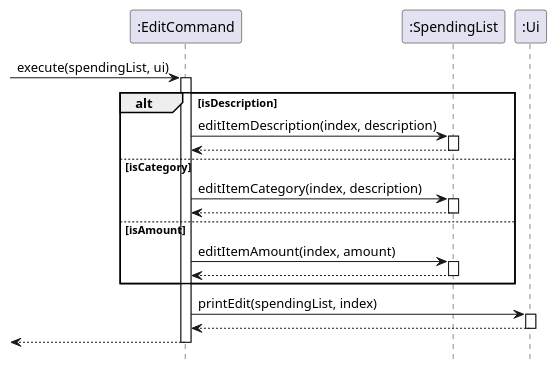
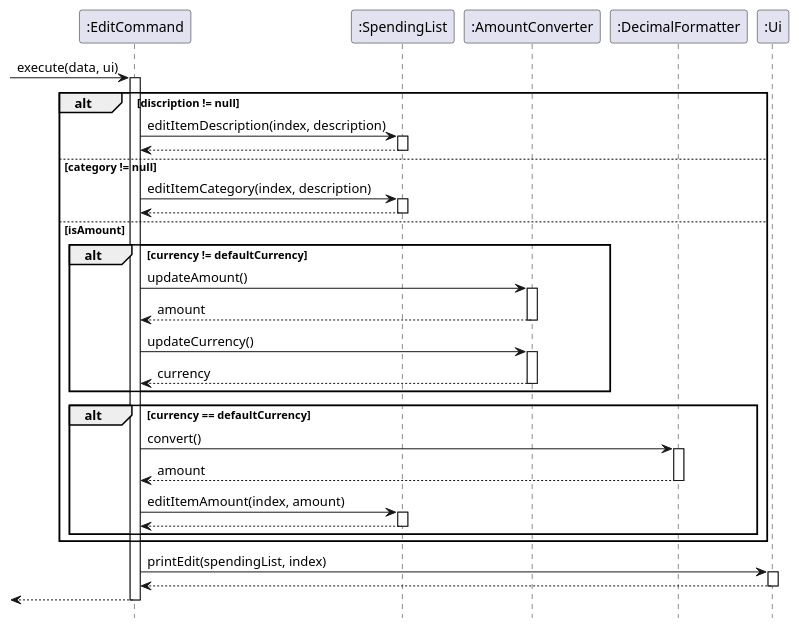
One commit to xieyaoyue/tp changed the diagram in src/uml/sequence diagrams/EditCommand.puml. Above: the diagram before and after it, drawn with PlantUML. The commit also changed 35 other files, not shown here.

```diff
--- a/src/uml/sequence diagrams/EditCommand.puml
+++ b/src/uml/sequence diagrams/EditCommand.puml
@@ -1,27 +1,43 @@
 @startuml
 hide footbox
-->":EditCommand":execute(spendingList, ui)
+->":EditCommand":execute(data, ui)
 activate ":EditCommand"
-alt isDescription
+alt discription != null
 ":EditCommand"->":SpendingList":editItemDescription(index, description)
 activate ":SpendingList"
 ":SpendingList"-->":EditCommand":
 deactivate ":SpendingList"
-else isCategory
+else category != null
 ":EditCommand"->":SpendingList":editItemCategory(index, description)
 activate ":SpendingList"
 ":SpendingList"-->":EditCommand":
 deactivate ":SpendingList"
 else isAmount
+alt currency != defaultCurrency
+":EditCommand"->":AmountConverter":updateAmount()
+activate ":AmountConverter"
+":AmountConverter"-->":EditCommand":amount
+deactivate ":AmountConverter"
+":EditCommand"->":AmountConverter":updateCurrency()
+activate ":AmountConverter"
+":AmountConverter"-->":EditCommand":currency
+deactivate ":AmountConverter"
+end
+alt currency == defaultCurrency
+":EditCommand"->":DecimalFormatter":convert()
+activate ":DecimalFormatter"
+":DecimalFormatter"-->":EditCommand":amount
+deactivate ":DecimalFormatter"
 ":EditCommand"->":SpendingList":editItemAmount(index, amount)
 activate ":SpendingList"
 ":SpendingList"-->":EditCommand":
 deactivate ":SpendingList"
+end
 end
 ":EditCommand"->":Ui":printEdit(spendingList, index)
 activate ":Ui"
 ":Ui"-->":EditCommand":
 deactivate ":Ui"
 <--":EditCommand"
 deactivate ":EditCommand"
 @enduml
```
